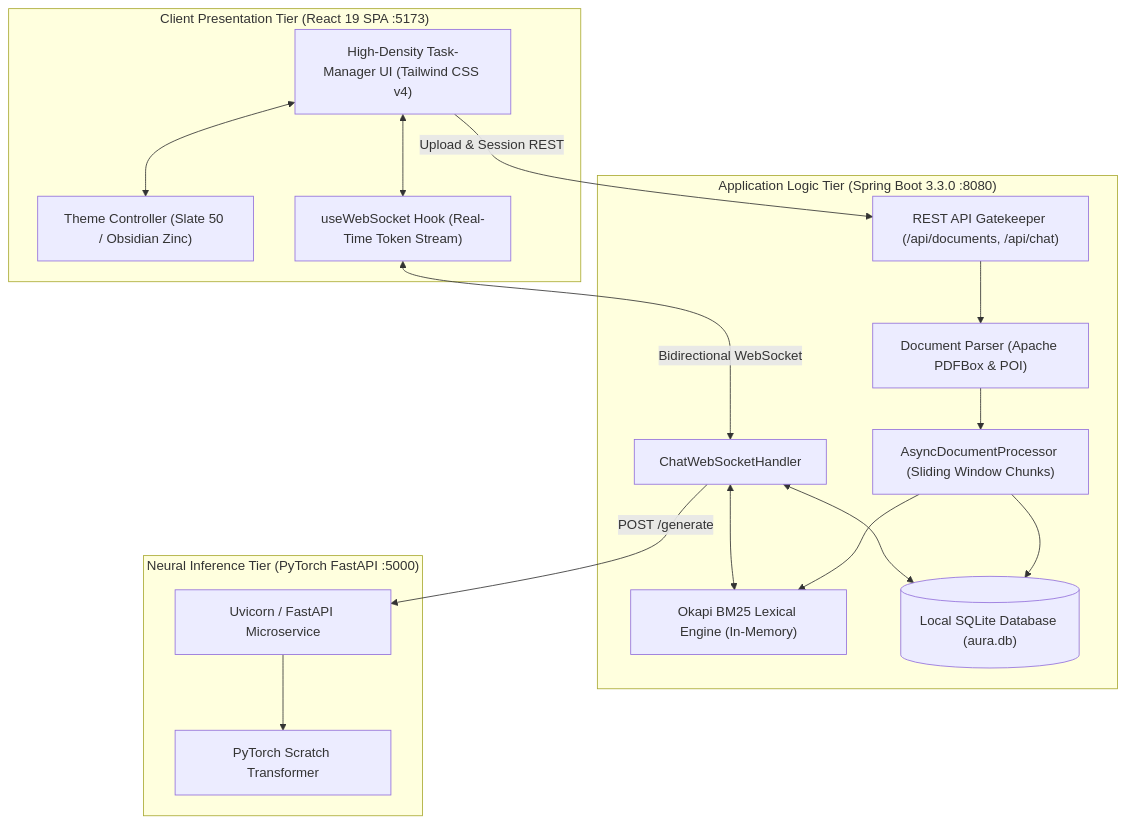
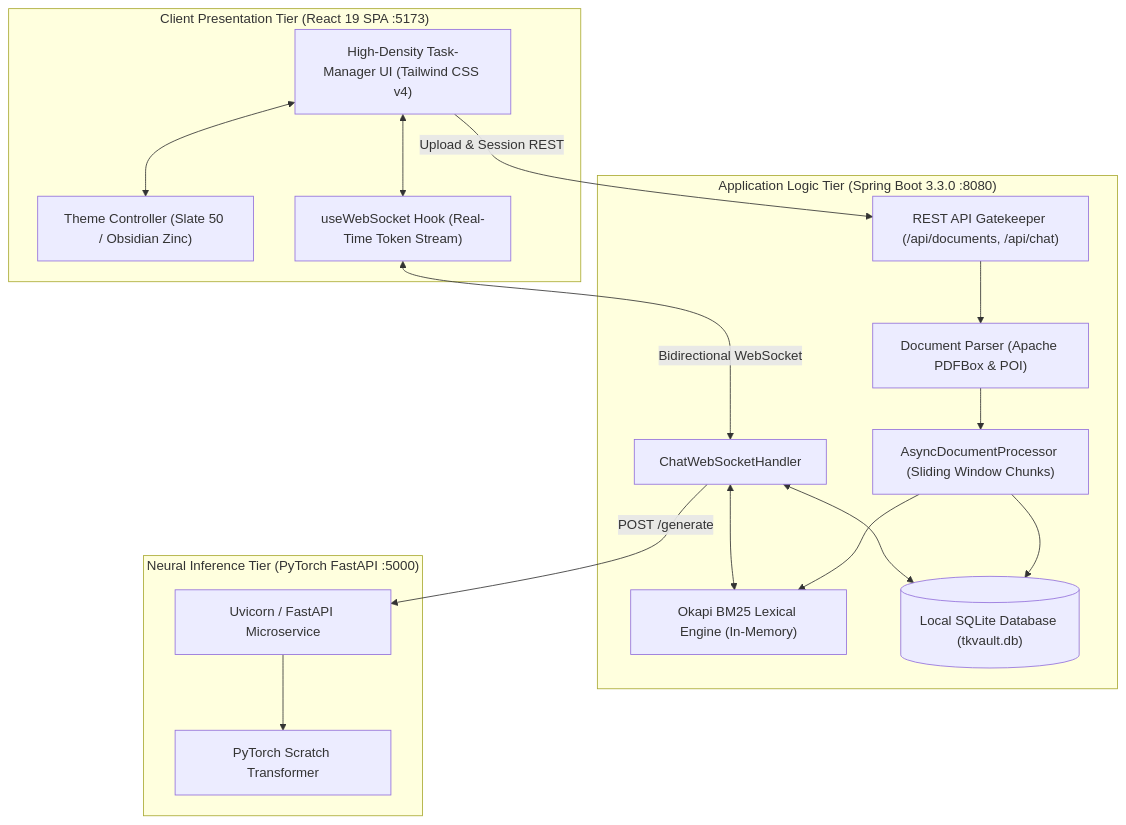
Before and after one commit to Tharun4743/TK-Vault: the diagram in README.md, drawn with Mermaid. The commit also changed other lines of this file and 104 other files, not shown here.

````diff
--- a/README.md
+++ b/README.md
@@ -45,30 +45,30 @@
 ```mermaid
 flowchart TD
     subgraph Client ["Client Presentation Tier (React 19 SPA :5173)"]
         UI["High-Density Task-Manager UI (Tailwind CSS v4)"]
         Theme["Theme Controller (Slate 50 / Obsidian Zinc)"]
         WS_Hook["useWebSocket Hook (Real-Time Token Stream)"]
         UI <--> Theme
         UI <--> WS_Hook
     end
 
     subgraph Core ["Application Logic Tier (Spring Boot 3.3.0 :8080)"]
         REST["REST API Gatekeeper (/api/documents, /api/chat)"]
         WS_Handler["ChatWebSocketHandler"]
         Parser["Document Parser (Apache PDFBox & POI)"]
         AsyncProc["AsyncDocumentProcessor (Sliding Window Chunks)"]
         BM25["Okapi BM25 Lexical Engine (In-Memory)"]
-        DB[("Local SQLite Database (aura.db)")]
+        DB[("Local SQLite Database (tkvault.db)")]
     end
 
     subgraph AI ["Neural Inference Tier (PyTorch FastAPI :5000)"]
         FastAPI["Uvicorn / FastAPI Microservice"]
         ScratchModel["PyTorch Scratch Transformer"]
     end
 
     UI -->|"Upload & Session REST"| REST
     REST --> Parser --> AsyncProc --> BM25 & DB
     WS_Hook <-->|"Bidirectional WebSocket"| WS_Handler
     WS_Handler <--> BM25 & DB
     WS_Handler -->|"POST /generate"| FastAPI --> ScratchModel
 ```
````
